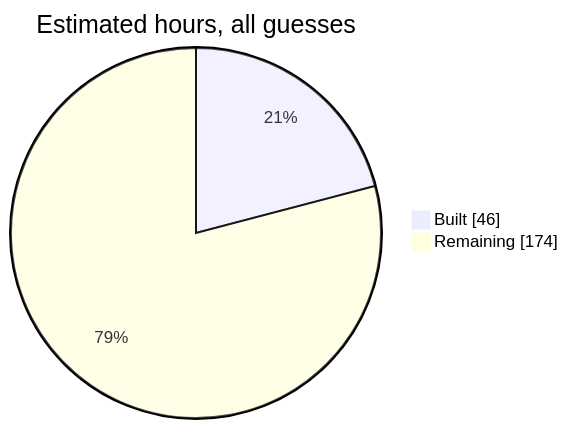
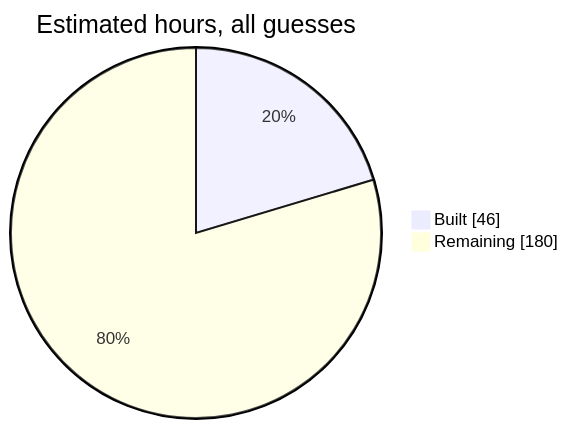
One commit to SumanthVarma798/GNSS-Constellation-Health-Monitoring-System changed the second of 5 diagrams in docs/system-design.md. Above: the diagram before and after it, drawn with Mermaid. The commit also changed other lines of this file and 6 other files, not shown here.

````diff
--- a/docs/system-design.md
+++ b/docs/system-design.md
@@ -71,5 +71,5 @@
 ```mermaid
 pie showData title Estimated hours, all guesses
   "Built" : 46
-  "Remaining" : 174
+  "Remaining" : 180
 ```
````
